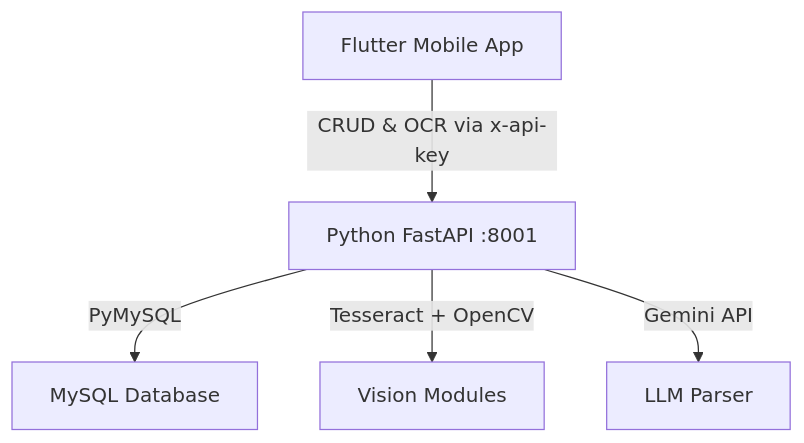
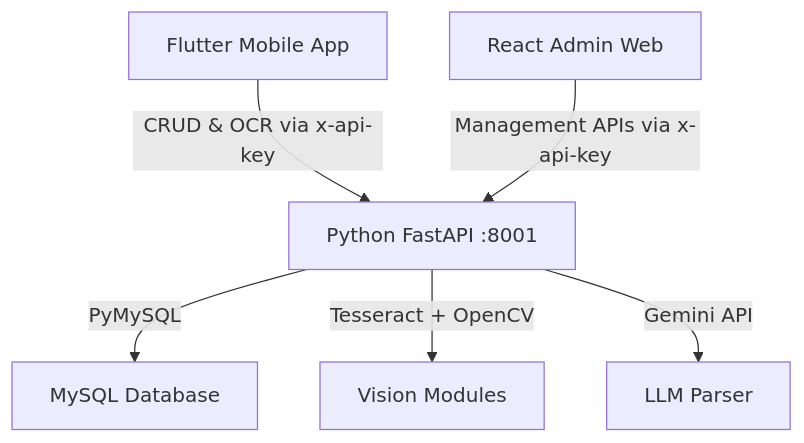
The diagram in doc/walkthrough.md (prasajanravishka/library_system-), drawn with Mermaid before and after one commit. The commit also changed other lines of this file and 5 other files, not shown here.

Commit message:
docs: updated documentation to reflect dual-frontend architecture and copy-level tracking

````diff
--- a/doc/walkthrough.md
+++ b/doc/walkthrough.md
@@ -5,7 +5,8 @@
 ```mermaid
 graph TD
     A["Flutter Mobile App"] -->|CRUD & OCR via x-api-key| C["Python FastAPI :8001"]
+    B["React Admin Web"] -->|Management APIs via x-api-key| C
     C -->|PyMySQL| D["MySQL Database"]
     C -->|Tesseract + OpenCV| E["Vision Modules"]
     C -->|Gemini API| F["LLM Parser"]
 ```
````
